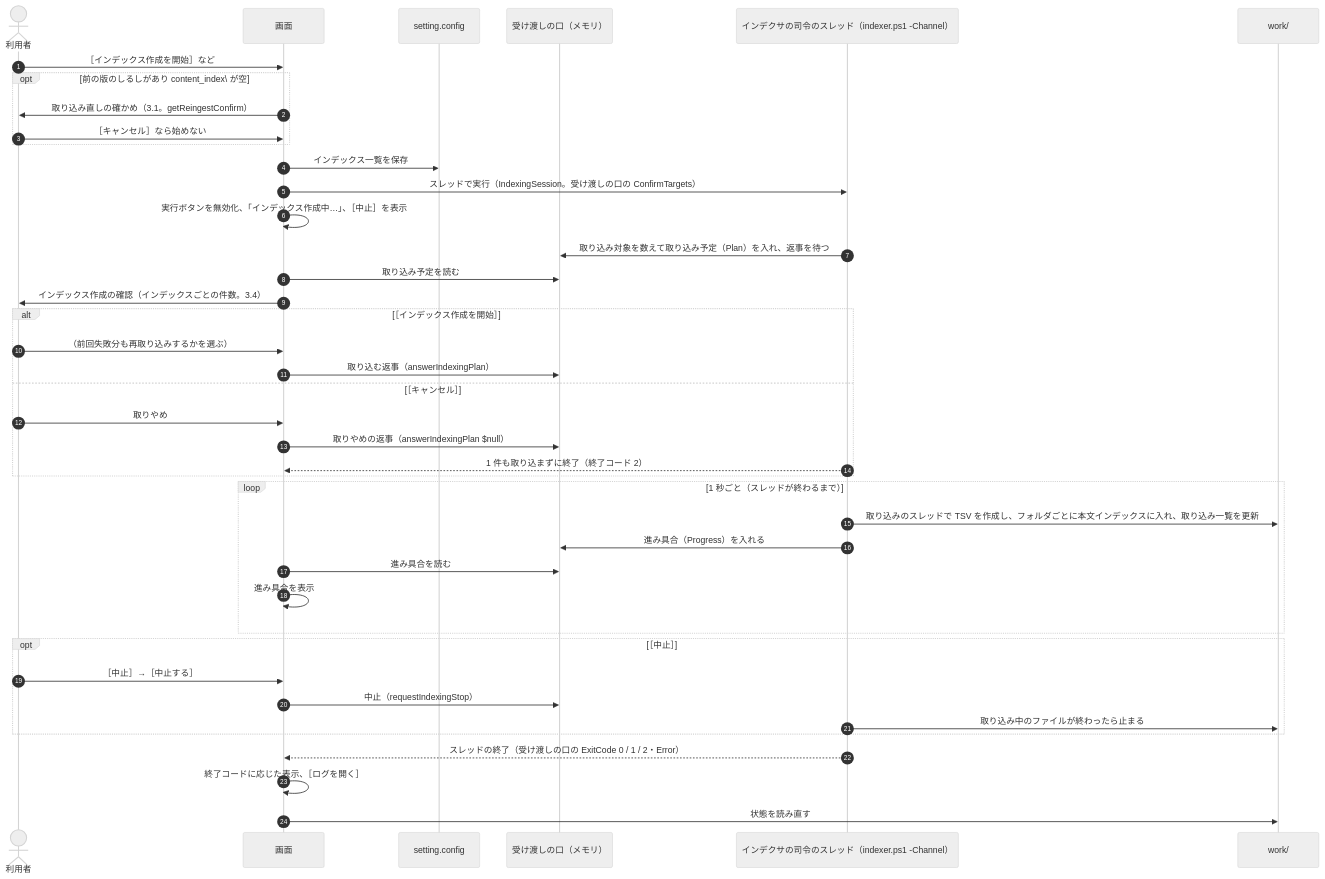
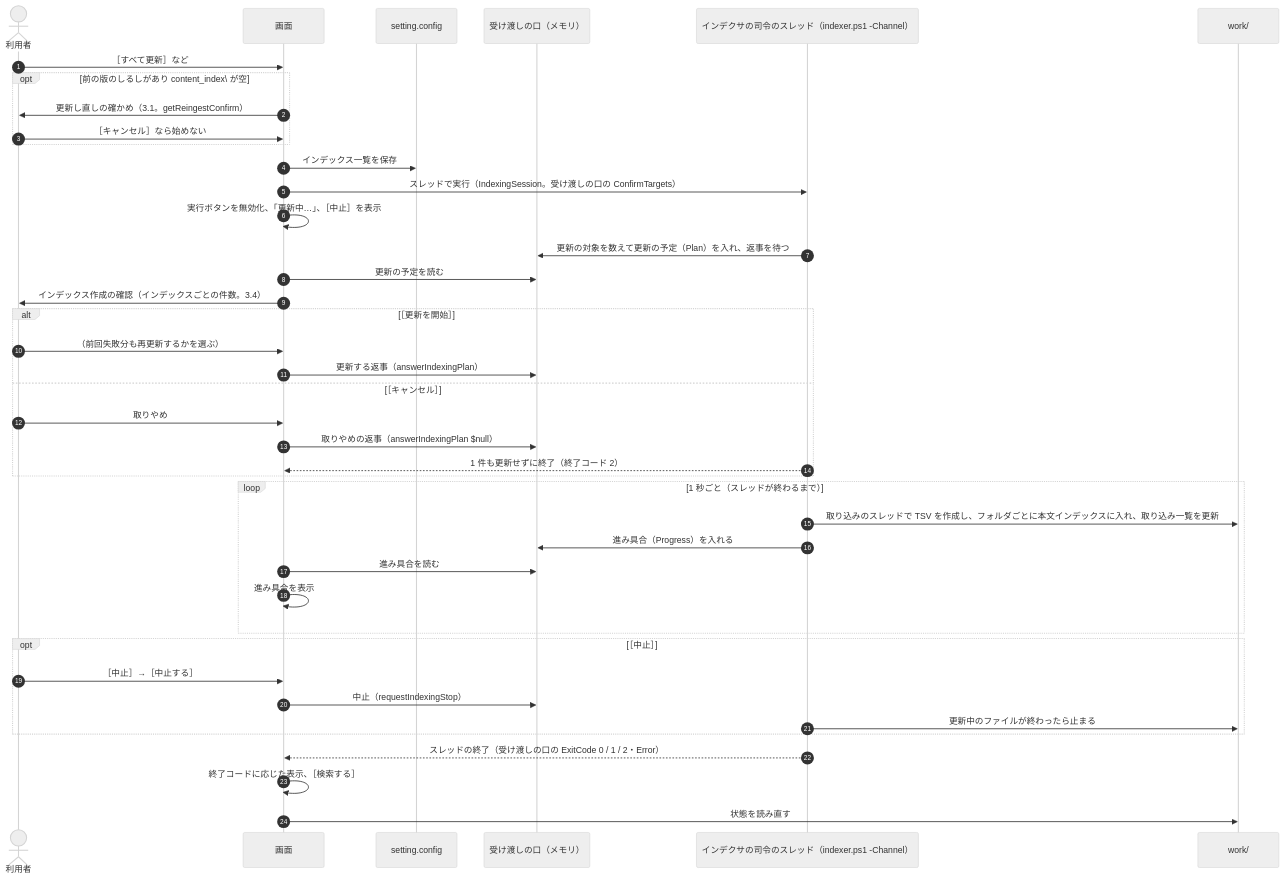
One commit to hsgwa/tebunko changed the third of 5 diagrams in docs/design/gui/state-flow.md. Above: the diagram before and after it, drawn with Mermaid (neutral theme). The commit also changed other lines of this file and 312 other files, not shown here.

````diff
--- a/docs/design/gui/state-flow.md
+++ b/docs/design/gui/state-flow.md
@@ -85,44 +85,44 @@
 ```mermaid
 sequenceDiagram
     autonumber
     actor U as 利用者
     participant G as 画面
     participant C as setting.config
     participant K as 受け渡しの口（メモリ）
     participant P as インデクサの司令のスレッド（indexer.ps1 -Channel）
     participant W as work/
 
-    U->>G: ［インデックス作成を開始］など
+    U->>G: ［すべて更新］など
     opt 前の版のしるしがあり content_index\ が空
-        G->>U: 取り込み直しの確かめ（3.1。getReingestConfirm）
+        G->>U: 更新し直しの確かめ（3.1。getReingestConfirm）
         U->>G: ［キャンセル］なら始めない
     end
     G->>C: インデックス一覧を保存
     G->>P: スレッドで実行（IndexingSession。受け渡しの口の ConfirmTargets）
-    G->>G: 実行ボタンを無効化、「インデックス作成中…」、［中止］を表示
-    P->>K: 取り込み対象を数えて取り込み予定（Plan）を入れ、返事を待つ
-    G->>K: 取り込み予定を読む
+    G->>G: 実行ボタンを無効化、「更新中…」、［中止］を表示
+    P->>K: 更新の対象を数えて更新の予定（Plan）を入れ、返事を待つ
+    G->>K: 更新の予定を読む
     G->>U: インデックス作成の確認（インデックスごとの件数。3.4）
-    alt ［インデックス作成を開始］
-        U->>G: （前回失敗分も再取り込みするかを選ぶ）
-        G->>K: 取り込む返事（answerIndexingPlan）
+    alt ［更新を開始］
+        U->>G: （前回失敗分も再更新するかを選ぶ）
+        G->>K: 更新する返事（answerIndexingPlan）
     else ［キャンセル］
         U->>G: 取りやめ
         G->>K: 取りやめの返事（answerIndexingPlan $null）
-        P-->>G: 1 件も取り込まずに終了（終了コード 2）
+        P-->>G: 1 件も更新せずに終了（終了コード 2）
     end
     loop 1 秒ごと（スレッドが終わるまで）
         P->>W: 取り込みのスレッドで TSV を作成し、フォルダごとに本文インデックスに入れ、取り込み一覧を更新
         P->>K: 進み具合（Progress）を入れる
         G->>K: 進み具合を読む
         G->>G: 進み具合を表示
     end
     opt ［中止］
         U->>G: ［中止］→［中止する］
         G->>K: 中止（requestIndexingStop）
-        P->>W: 取り込み中のファイルが終わったら止まる
+        P->>W: 更新中のファイルが終わったら止まる
     end
     P-->>G: スレッドの終了（受け渡しの口の ExitCode 0 / 1 / 2・Error）
-    G->>G: 終了コードに応じた表示、［ログを開く］
+    G->>G: 終了コードに応じた表示、［検索する］
     G->>W: 状態を読み直す
 ```
````
